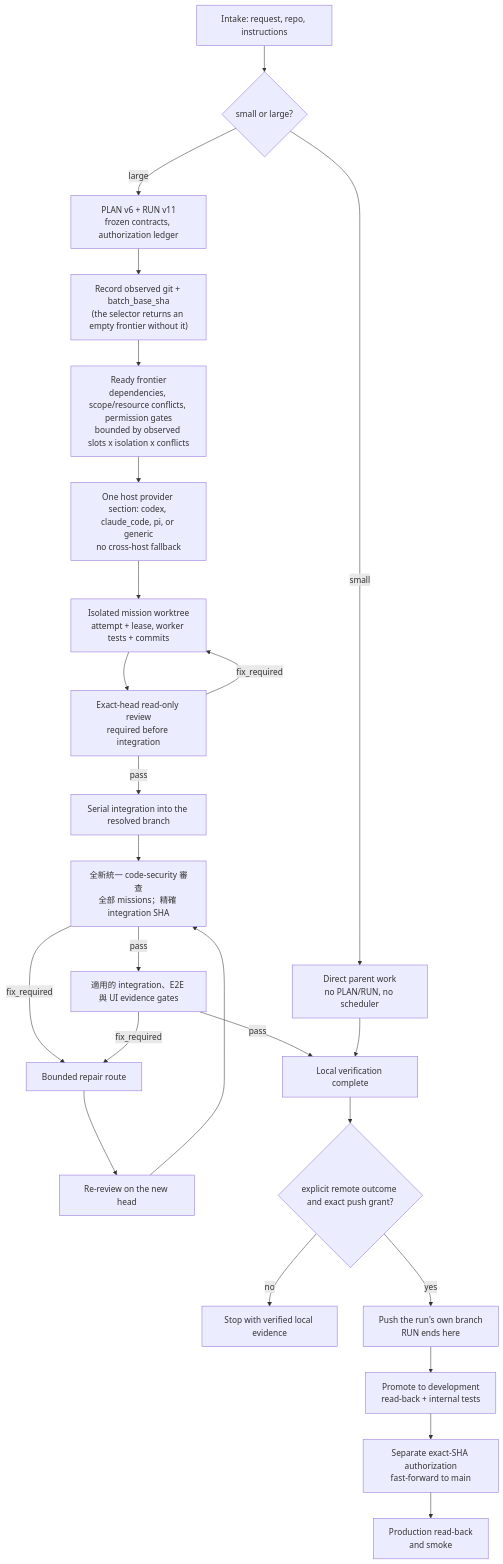
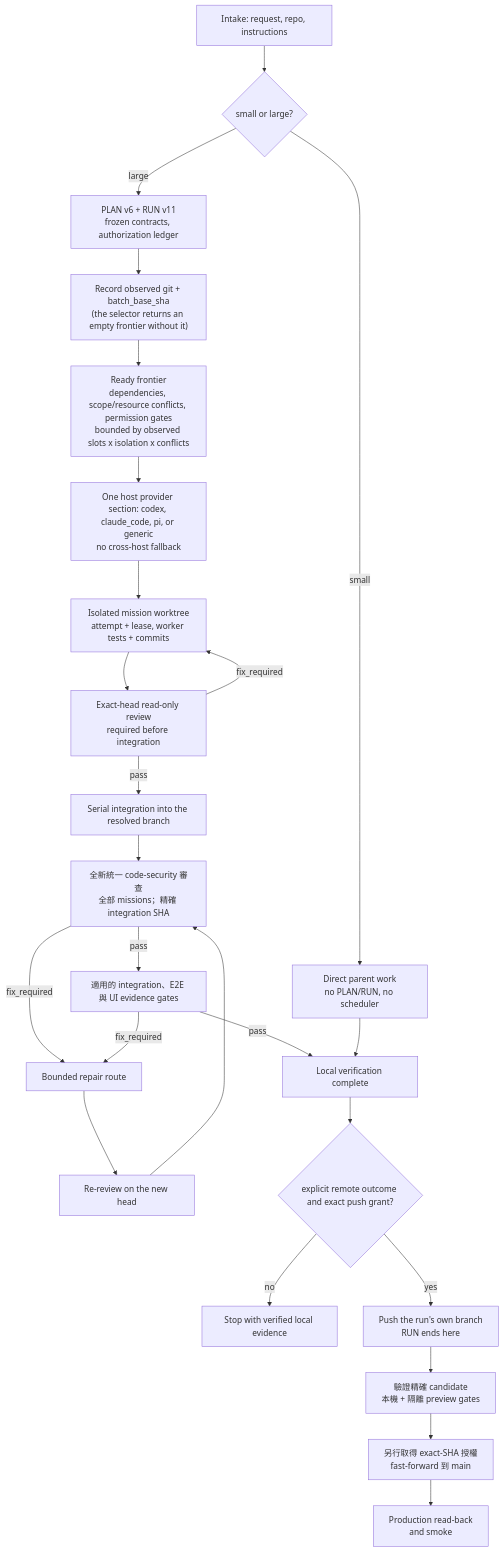
One commit to Phlegonlabs/product-delivery-harness changed the third of 3 diagrams in README.zh-TW.md. Above: the diagram before and after it, drawn with Mermaid. The commit also changed other lines of this file and 46 other files, not shown here.

````diff
--- a/README.zh-TW.md
+++ b/README.zh-TW.md
@@ -241,27 +241,27 @@
 ```mermaid
 flowchart TB
   Intake["Intake: request, repo, instructions"] --> Size{"small or large?"}
   Size -->|small| Direct["Direct parent work<br/>no PLAN/RUN, no scheduler"]
   Size -->|large| Plan["PLAN v6 + RUN v11<br/>frozen contracts, authorization ledger"]
   Plan --> Observe["Record observed git + batch_base_sha<br/>(the selector returns an empty frontier without it)"]
   Observe --> Frontier["Ready frontier<br/>dependencies, scope/resource conflicts, permission gates<br/>bounded by observed slots x isolation x conflicts"]
   Frontier --> Host["One host provider section: codex, claude_code, pi, or generic<br/>no cross-host fallback"]
   Host --> Work["Isolated mission worktree<br/>attempt + lease, worker tests + commits"]
   Work --> Review["Exact-head read-only review<br/>required before integration"]
   Review -->|pass| Integrate["Serial integration into the resolved branch"]
   Review -->|fix_required| Work
   Integrate --> Security["全新統一 code-security 審查<br/>全部 missions；精確 integration SHA"]
   Security -->|pass| Gates["適用的 integration、E2E 與 UI evidence gates"]
   Security -->|fix_required| Repair["Bounded repair route"]
   Gates -->|fix_required| Repair
   Repair --> Rereview["Re-review on the new head"]
   Rereview --> Security
   Gates -->|pass| Local["Local verification complete"]
   Direct --> Local
   Local --> Remote{"explicit remote outcome and exact push grant?"}
   Remote -->|no| Done["Stop with verified local evidence"]
   Remote -->|yes| Push["Push the run's own branch<br/>RUN ends here"]
-  Push --> Dev["Promote to development<br/>read-back + internal tests"]
-  Dev --> Main["Separate exact-SHA authorization<br/>fast-forward to main"]
+  Push --> Candidate["驗證精確 candidate<br/>本機 + 隔離 preview gates"]
+  Candidate --> Main["另行取得 exact-SHA 授權<br/>fast-forward 到 main"]
   Main --> Prod["Production read-back<br/>and smoke"]
 ```
````
